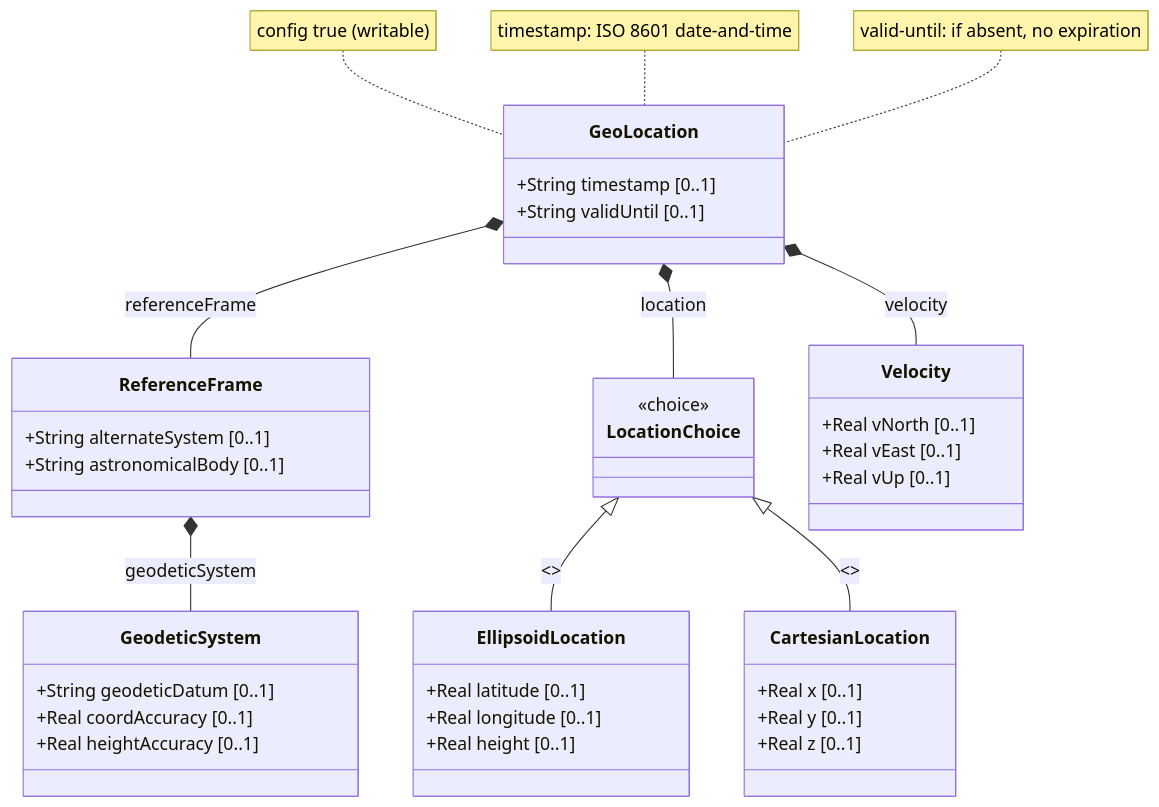
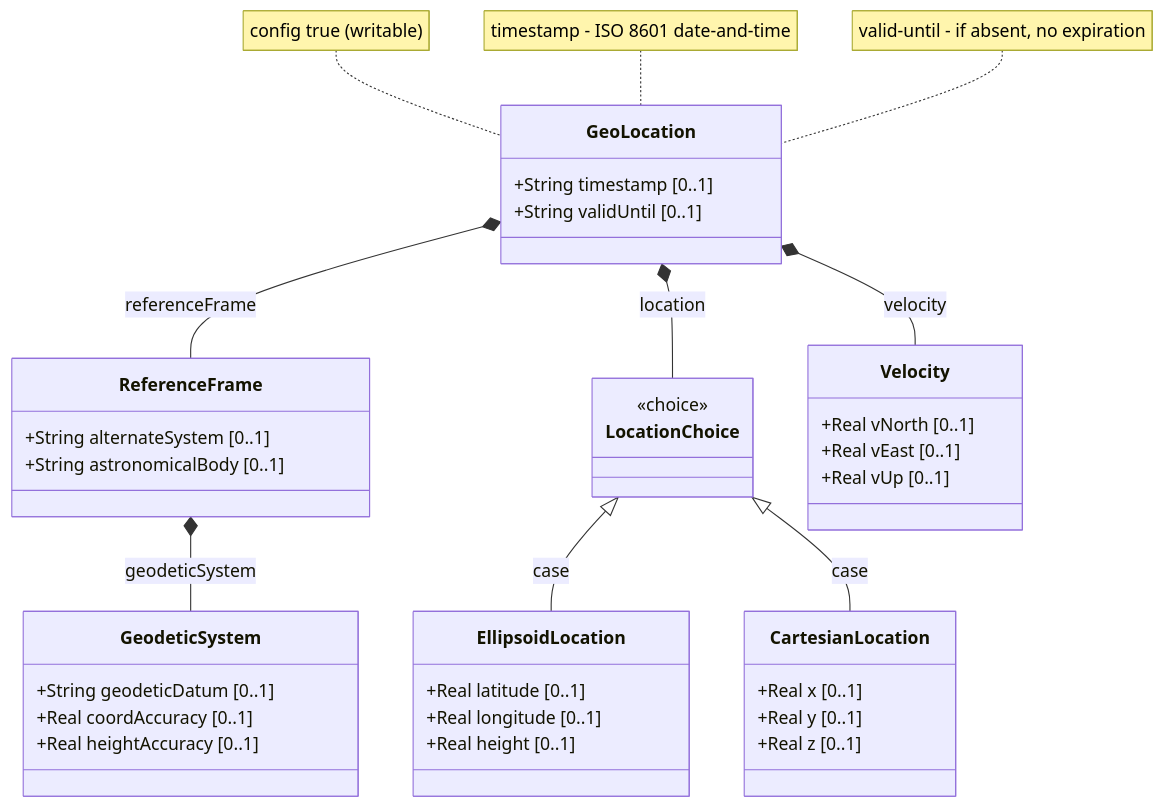
One commit to gintatkinson/3dgs-030 changed the diagram in docs/features/feat-06-geo-location-container.md. Above: the diagram before and after it, drawn with Mermaid. The commit also changed 12 other files, not shown here.

Commit message:
fix: remove colons from Mermaid note strings and <<case>> from relationship edges across all features, epics, and use cases

````diff
--- a/docs/features/feat-06-geo-location-container.md
+++ b/docs/features/feat-06-geo-location-container.md
@@ -23,43 +23,43 @@
 ```mermaid
 classDiagram
     class GeoLocation {
         +String timestamp [0..1]
         +String validUntil [0..1]
     }
     class ReferenceFrame {
         +String alternateSystem [0..1]
         +String astronomicalBody [0..1]
     }
     class GeodeticSystem {
         +String geodeticDatum [0..1]
         +Real coordAccuracy [0..1]
         +Real heightAccuracy [0..1]
     }
     class LocationChoice {
         <<choice>>
     }
     class EllipsoidLocation {
         +Real latitude [0..1]
         +Real longitude [0..1]
         +Real height [0..1]
     }
     class CartesianLocation {
         +Real x [0..1]
         +Real y [0..1]
         +Real z [0..1]
     }
     class Velocity {
         +Real vNorth [0..1]
         +Real vEast [0..1]
         +Real vUp [0..1]
     }
     GeoLocation *-- ReferenceFrame : referenceFrame
     GeoLocation *-- LocationChoice : location
     GeoLocation *-- Velocity : velocity
     ReferenceFrame *-- GeodeticSystem : geodeticSystem
-    LocationChoice <|-- EllipsoidLocation : <<case>>
-    LocationChoice <|-- CartesianLocation : <<case>>
+    LocationChoice <|-- EllipsoidLocation  : case
+    LocationChoice <|-- CartesianLocation  : case
     note for GeoLocation "config true (writable)"
-    note for GeoLocation "timestamp: ISO 8601 date-and-time"
-    note for GeoLocation "valid-until: if absent, no expiration"
+    note for GeoLocation "timestamp - ISO 8601 date-and-time"
+    note for GeoLocation "valid-until - if absent, no expiration"
 ```
````
